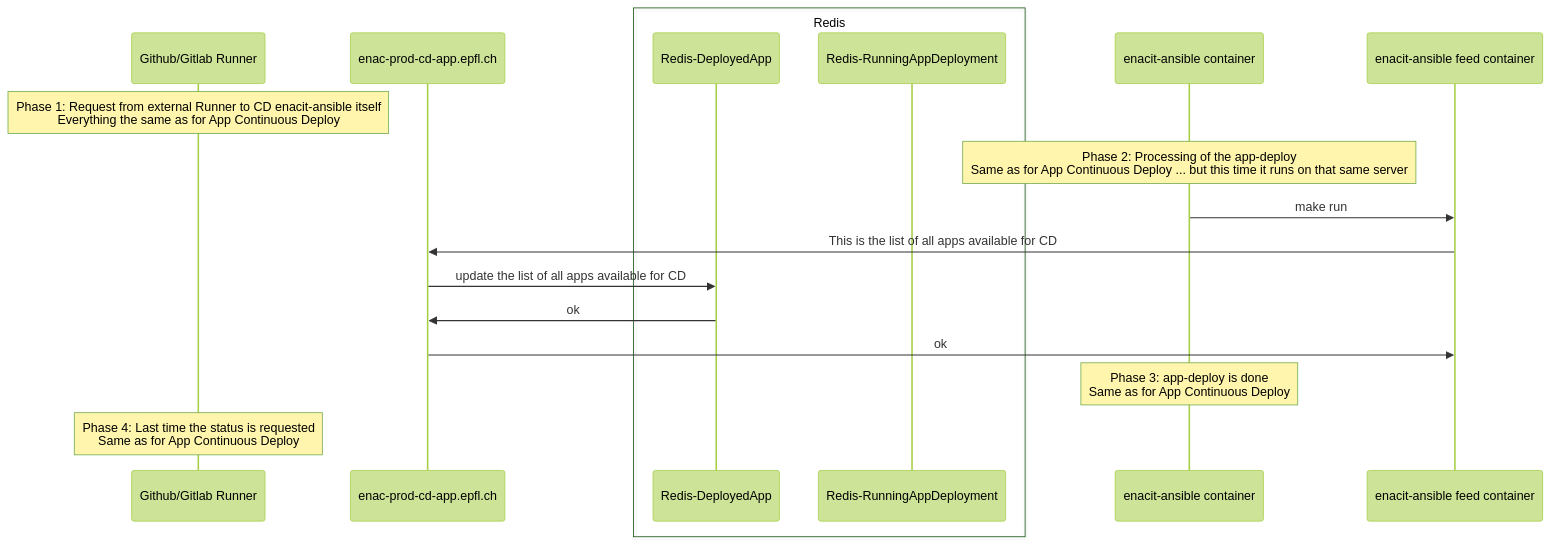
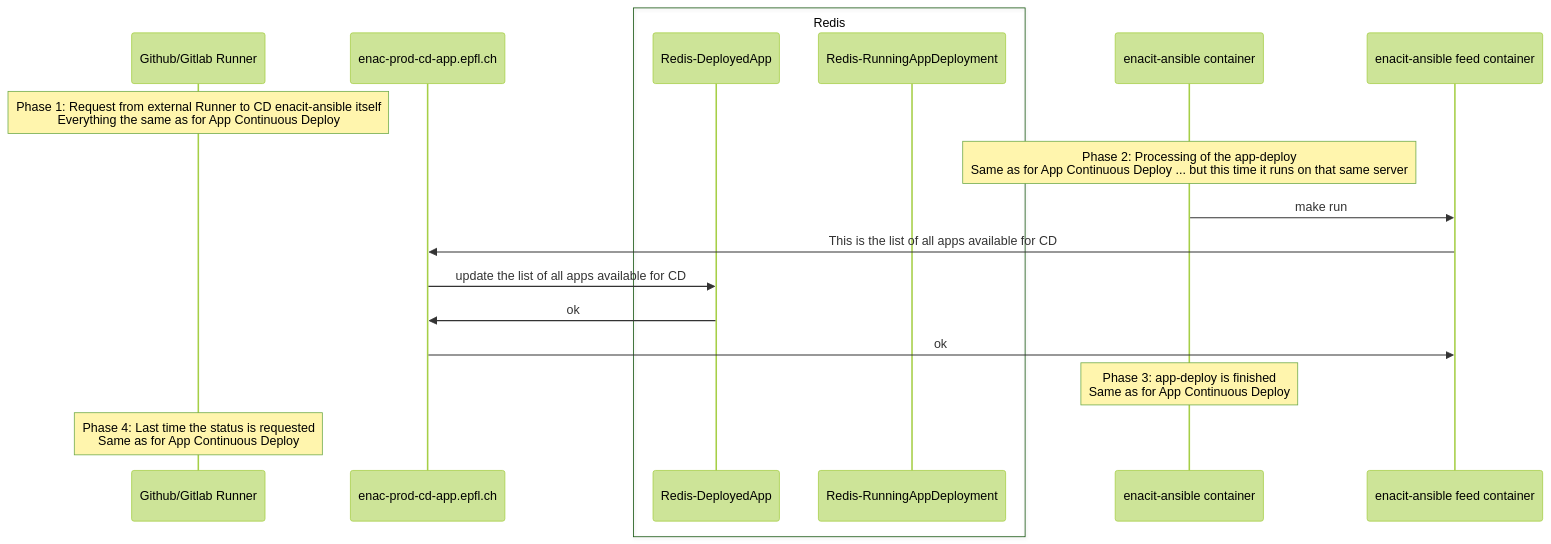
Before and after one commit to EPFL-ENAC/enac-cd-app: the second of 2 diagrams in README.md, drawn with Mermaid (forest theme). The commit also changed other lines of this file and 5 other files, not shown here.

````diff
--- a/README.md
+++ b/README.md
@@ -52,25 +52,25 @@
 ```mermaid
 sequenceDiagram
     participant GHR as Github/Gitlab Runner
     participant CD as enac-prod-cd-app.epfl.ch
     box Redis
     participant R-App as Redis-DeployedApp
     participant R-Running as Redis-RunningAppDeployment
     end
     participant enacit-ansible as enacit-ansible container
     participant enacit-feed as enacit-ansible feed container
 
     Note over GHR: Phase 1: Request from external Runner to CD enacit-ansible itself<br/>Everything the same as for App Continuous Deploy
 
     Note over enacit-ansible: Phase 2: Processing of the app-deploy<br/>Same as for App Continuous Deploy ... but this time it runs on that same server
 
     enacit-ansible->>enacit-feed: make run
     enacit-feed->>CD: This is the list of all apps available for CD
     CD->>R-App: update the list of all apps available for CD
     R-App->>CD: ok
     CD->>enacit-feed: ok
 
-    Note over enacit-ansible: Phase 3: app-deploy is done<br/>Same as for App Continuous Deploy
+    Note over enacit-ansible: Phase 3: app-deploy is finished<br/>Same as for App Continuous Deploy
 
     Note over GHR: Phase 4: Last time the status is requested<br/>Same as for App Continuous Deploy
 ```
````
